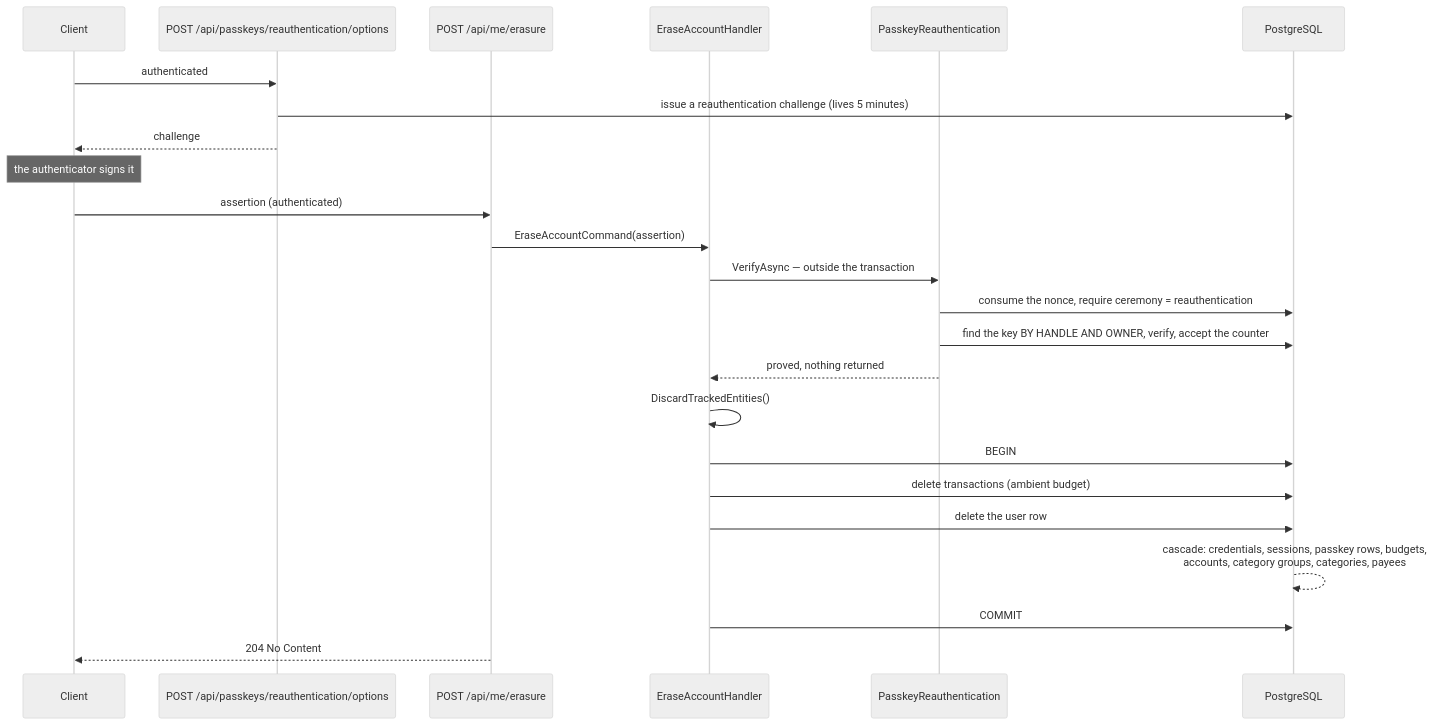
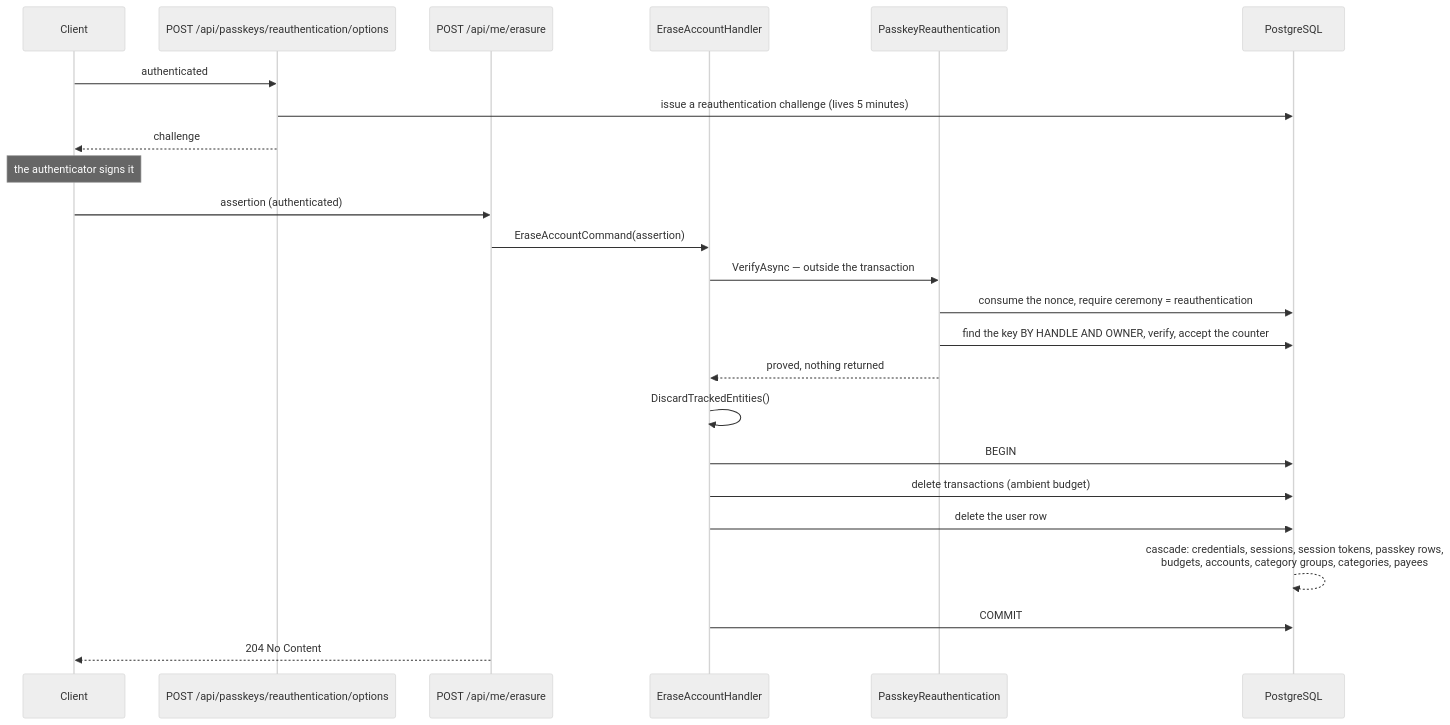
One commit to anton-kochev/budgetoid changed the second of 2 diagrams in docs/business-logic/erasure.md. Above: the diagram before and after it, drawn with Mermaid (neutral theme). The commit also changed other lines of this file and 4 other files, not shown here.

````diff
--- a/docs/business-logic/erasure.md
+++ b/docs/business-logic/erasure.md
@@ -481,27 +543,27 @@
 ```mermaid
 sequenceDiagram
     participant C as Client
     participant O as POST /api/passkeys/reauthentication/options
     participant A as POST /api/me/erasure
     participant H as EraseAccountHandler
     participant G as PasskeyReauthentication
     participant D as PostgreSQL
 
     C->>O: authenticated
     O->>D: issue a reauthentication challenge (lives 5 minutes)
     O-->>C: challenge
     Note over C: the authenticator signs it
     C->>A: assertion (authenticated)
     A->>H: EraseAccountCommand(assertion)
     H->>G: VerifyAsync — outside the transaction
     G->>D: consume the nonce, require ceremony = reauthentication
     G->>D: find the key BY HANDLE AND OWNER, verify, accept the counter
     G-->>H: proved, nothing returned
     H->>H: DiscardTrackedEntities()
     H->>D: BEGIN
     H->>D: delete transactions (ambient budget)
     H->>D: delete the user row
-    D-->>D: cascade: credentials, sessions, passkey rows, budgets,<br/>accounts, category groups, categories, payees
+    D-->>D: cascade: credentials, sessions, session tokens, passkey rows,<br/>budgets, accounts, category groups, categories, payees
     H->>D: COMMIT
     A-->>C: 204 No Content
 ```
````
